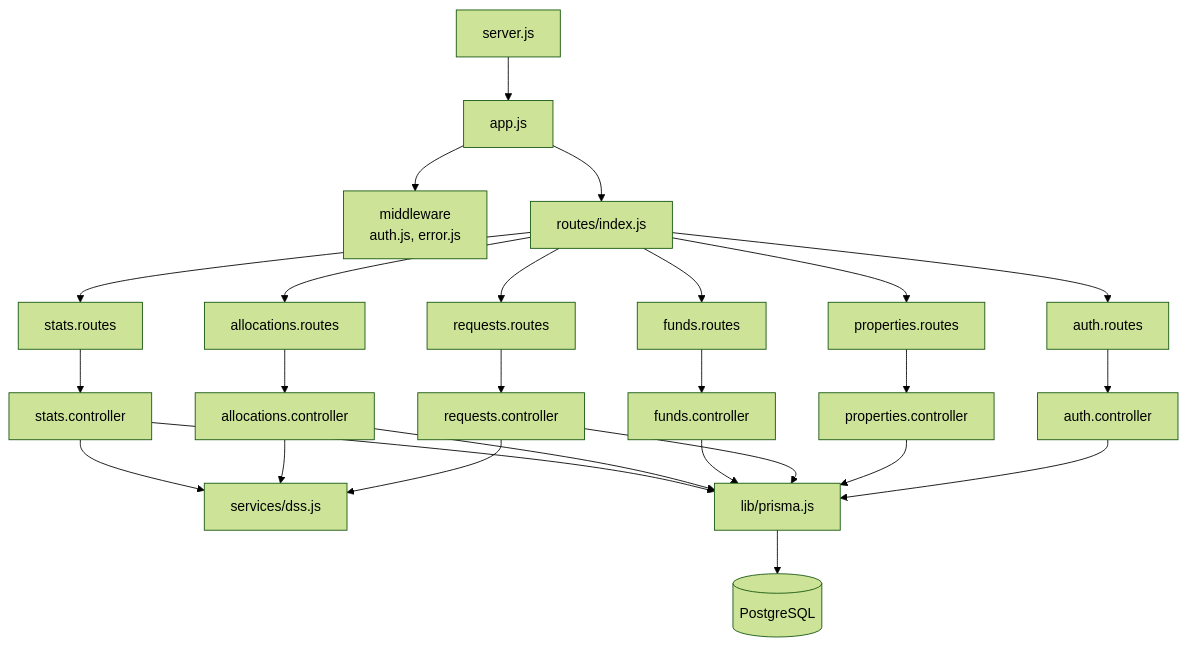
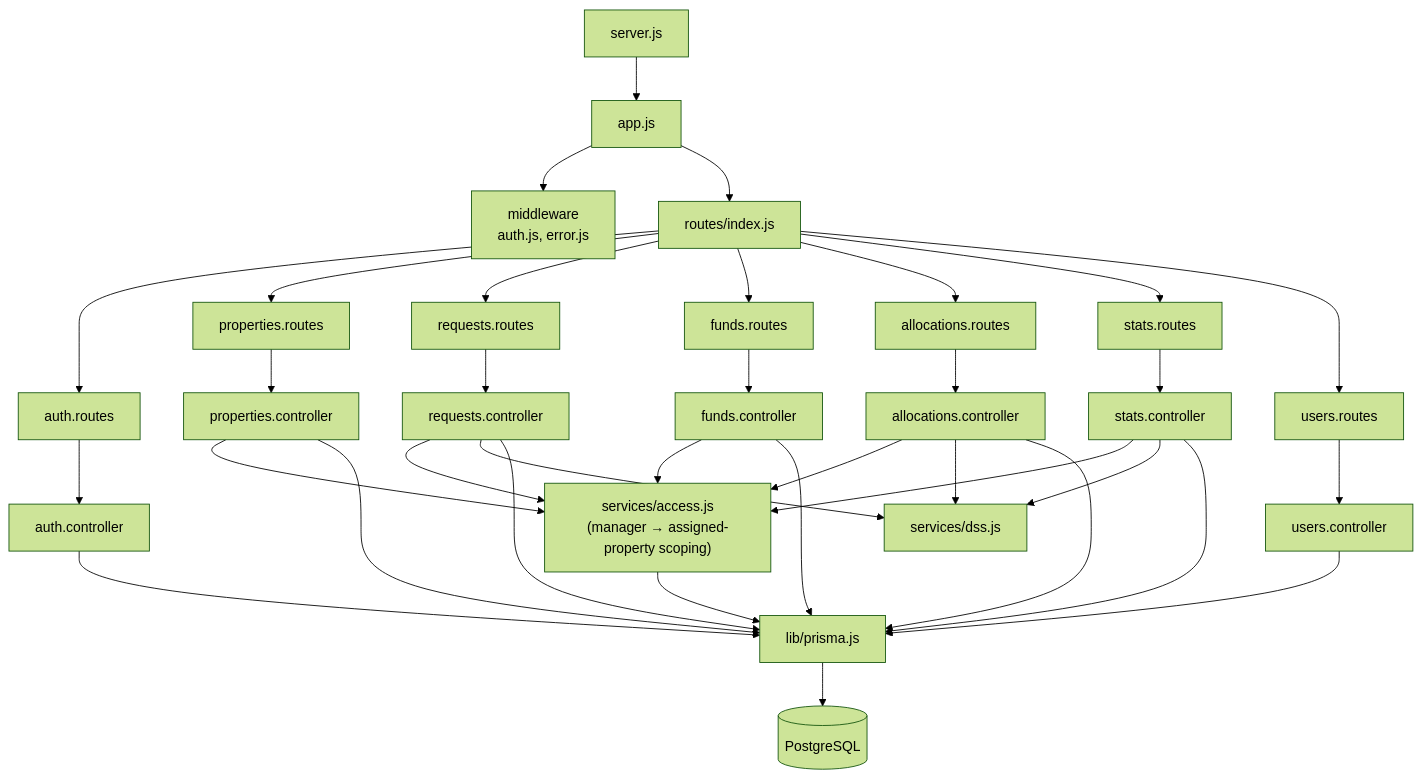
The tenth of 10 diagrams in docs/diagrams.md (Eseohenobhen/property-dss), drawn with Mermaid (forest theme) before and after one commit. The commit also changed other lines of this file and 19 other files, not shown here.

Commit message:
updated diagrams and images

````diff
--- a/docs/diagrams.md
+++ b/docs/diagrams.md
@@ -303,25 +386,34 @@
 ```mermaid
 graph TD
   S["server.js"] --> APP["app.js"]
   APP --> MW["middleware<br/>auth.js, error.js"]
   APP --> R["routes/index.js"]
 
   R --> AR["auth.routes"] --> AC["auth.controller"]
   R --> PR["properties.routes"] --> PC["properties.controller"]
   R --> RR["requests.routes"] --> RC["requests.controller"]
   R --> FR["funds.routes"] --> FC["funds.controller"]
   R --> ALR["allocations.routes"] --> ALC["allocations.controller"]
   R --> SR["stats.routes"] --> SC["stats.controller"]
+  R --> UR["users.routes"] --> UC["users.controller"]
+
+  PC --> ACCESS["services/access.js<br/>(manager → assigned-property scoping)"]
+  RC --> ACCESS
+  FC --> ACCESS
+  ALC --> ACCESS
+  SC --> ACCESS
 
   RC --> DSS["services/dss.js"]
   ALC --> DSS
   SC --> DSS
 
   AC --> PRISMA["lib/prisma.js"]
   PC --> PRISMA
   RC --> PRISMA
   FC --> PRISMA
   ALC --> PRISMA
   SC --> PRISMA
+  UC --> PRISMA
+  ACCESS --> PRISMA
   PRISMA --> DB[("PostgreSQL")]
 ```
````
